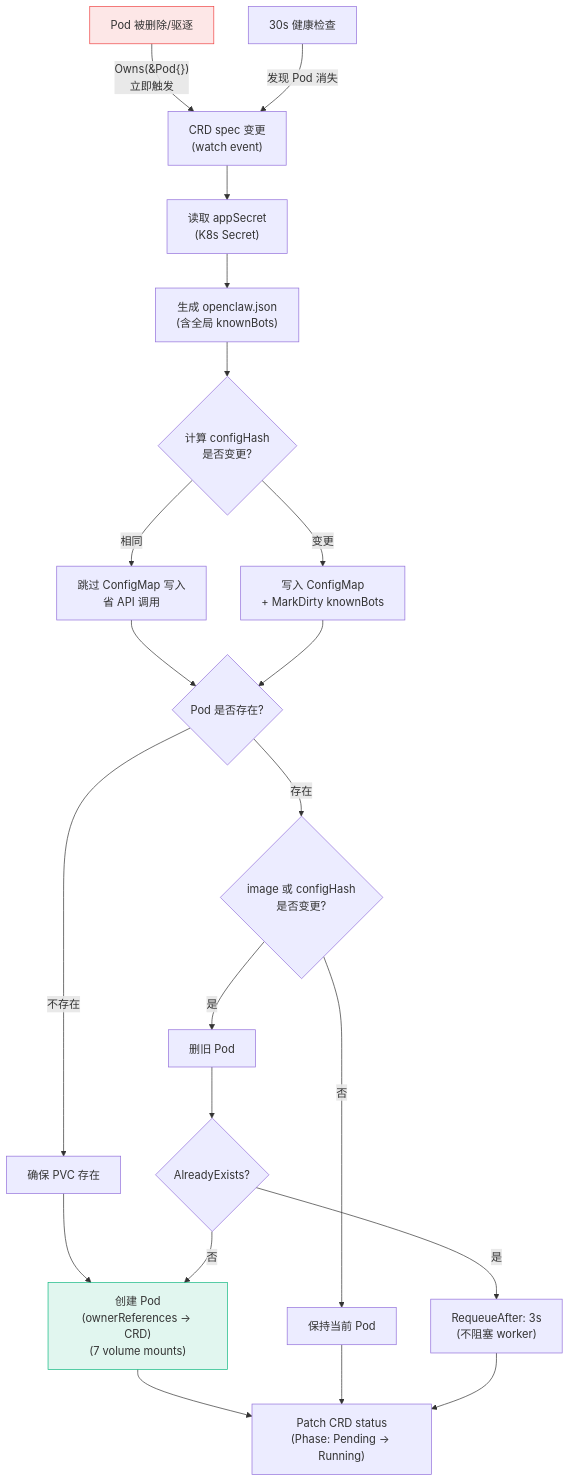
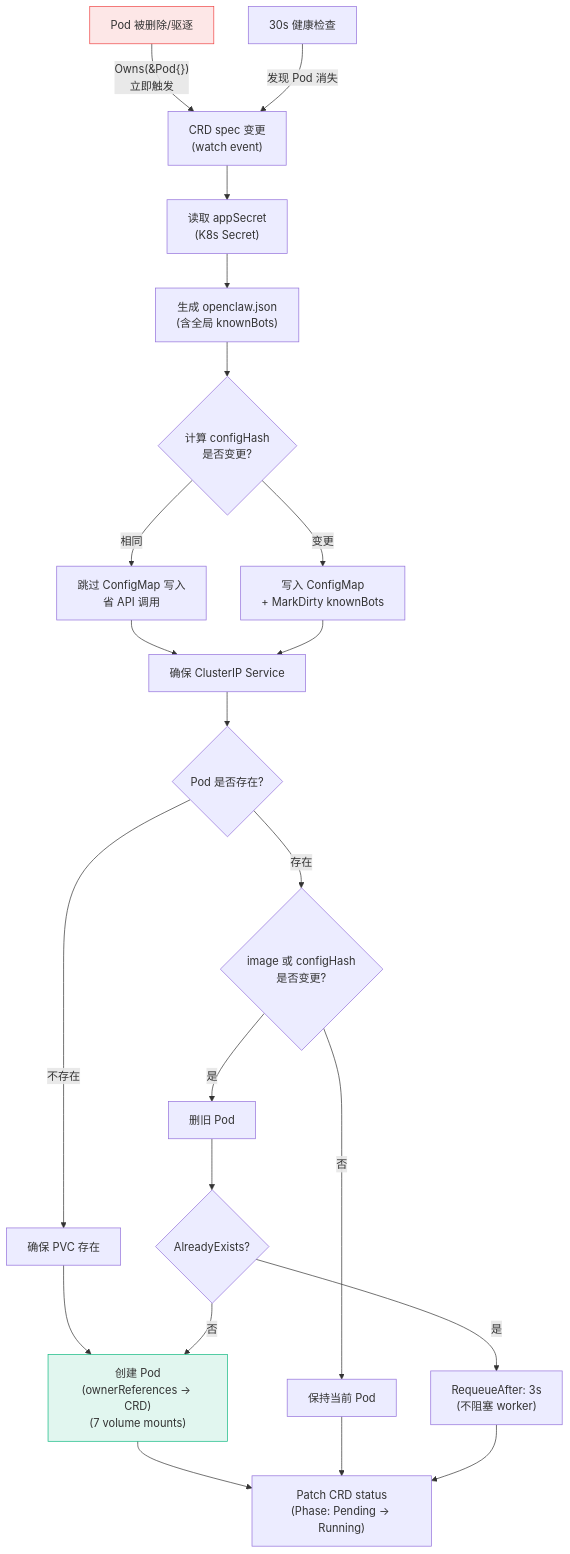
The second of 8 diagrams in operator-go/README.md (guangzhou/carher-admin), drawn with Mermaid before and after one commit. The commit also changed other lines of this file and 2 other files, not shown here.

First line of the commit message:
feat: add image tag column to instance list + update docs

````diff
--- a/operator-go/README.md
+++ b/operator-go/README.md
@@ -60,27 +62,28 @@
 ```mermaid
 flowchart TD
     A["CRD spec 变更<br/>(watch event)"] --> B["读取 appSecret<br/>(K8s Secret)"]
     B --> C["生成 openclaw.json<br/>(含全局 knownBots)"]
     C --> D{"计算 configHash<br/>是否变更?"}
     D -->|"相同"| E["跳过 ConfigMap 写入<br/>省 API 调用"]
     D -->|"变更"| F["写入 ConfigMap<br/>+ MarkDirty knownBots"]
-    E --> G{"Pod 是否存在?"}
+    E --> G["确保 ClusterIP Service"]
     F --> G
-    G -->|"不存在"| H["确保 PVC 存在"]
-    G -->|"存在"| I{"image 或 configHash<br/>是否变更?"}
+    G --> GA{"Pod 是否存在?"}
+    GA -->|"不存在"| H["确保 PVC 存在"]
+    GA -->|"存在"| I{"image 或 configHash<br/>是否变更?"}
     H --> J["创建 Pod<br/>(ownerReferences → CRD)<br/>(7 volume mounts)"]
     I -->|"否"| K["保持当前 Pod"]
     I -->|"是"| L["删旧 Pod"]
     L --> M{"AlreadyExists?"}
     M -->|"是"| N["RequeueAfter: 3s<br/>(不阻塞 worker)"]
     M -->|"否"| J
     J --> O["Patch CRD status<br/>(Phase: Pending → Running)"]
     K --> O
     N --> O
 
     P["Pod 被删除/驱逐"] -->|"Owns(&Pod{})<br/>立即触发"| A
     Q["30s 健康检查"] -->|"发现 Pod 消失"| A
 
     style P fill:#ef444420,stroke:#ef4444
     style J fill:#10b98120,stroke:#10b981
 ```
````
